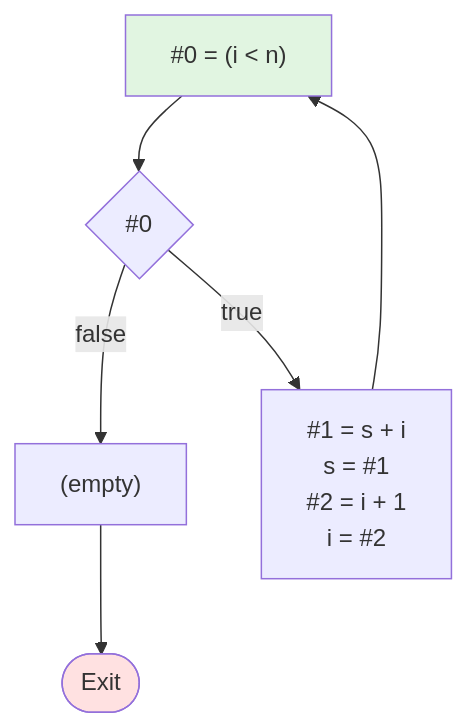
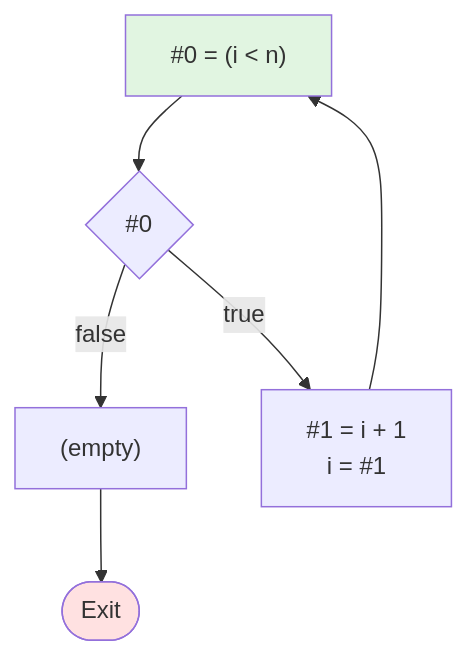
The diagram in README.md (cny123222/Control-Flow-Graph-Generation-for-WhileD-Language), drawn with Mermaid before and after one commit. The commit also changed other lines of this file, not shown here.

````diff
--- a/README.md
+++ b/README.md
@@ -83,16 +83,16 @@
 ```mermaid
 flowchart TD
     B0["#0 = (i < n)"]
     C0{#0}
-    B1["#1 = s + i<br/>s = #1<br/>#2 = i + 1<br/>i = #2"]
+    B1["#1 = i + 1<br/>i = #1"]
     B2["(empty)"]
 
     B0 --> C0
     C0 -->|false| B2
     C0 -->|true| B1
     B1 --> B0
     B2 --> Exit([Exit])
 
     style B0 fill:#e1f5e1
     style Exit fill:#ffe1e1
 ```
````
